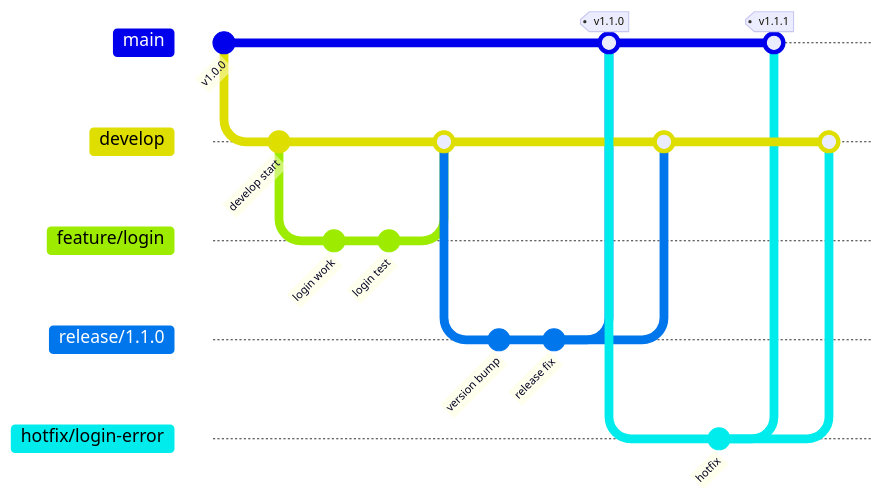
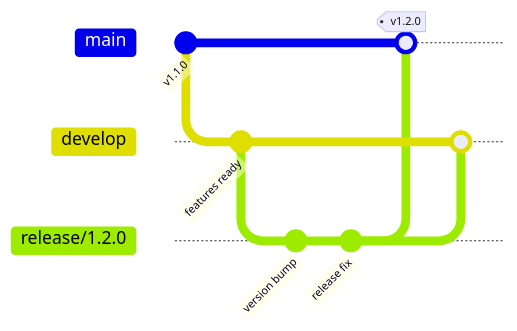
Before and after one commit to abi-shimoji/python-project-guidelines: the third of 4 diagrams in git/GITFLOW_GUIDE.md, drawn with Mermaid. The commit also changed other lines of this file, not shown here.

Commit message:
doc(git): gitflowの図を分割

````diff
--- a/git/GITFLOW_GUIDE.md
+++ b/git/GITFLOW_GUIDE.md
@@ -9,29 +252,22 @@
 ```mermaid
 gitGraph
-  commit id: "v1.0.0"
+  %% main の最新リリースから develop が分岐している状態
+  commit id: "v1.1.0"
   branch develop
   checkout develop
-  commit id: "develop start"
-  branch feature/login
-  checkout feature/login
-  commit id: "login work"
-  commit id: "login test"
-  checkout develop
-  merge feature/login
-  branch release/1.1.0
-  checkout release/1.1.0
+  commit id: "features ready"
+
+  %% リリース対象が揃ったら develop から release/* を作成する
+  branch release/1.2.0
+  checkout release/1.2.0
   commit id: "version bump"
   commit id: "release fix"
+
+  %% release/* を main に入れてリリースタグを付ける
   checkout main
-  merge release/1.1.0 tag: "v1.1.0"
+  merge release/1.2.0 tag: "v1.2.0"
+
+  %% release/* で行った調整は develop にも必ず戻す
   checkout develop
-  merge release/1.1.0
-  checkout main
-  branch hotfix/login-error
-  checkout hotfix/login-error
-  commit id: "hotfix"
-  checkout main
-  merge hotfix/login-error tag: "v1.1.1"
-  checkout develop
-  merge hotfix/login-error
+  merge release/1.2.0
 ```
````
